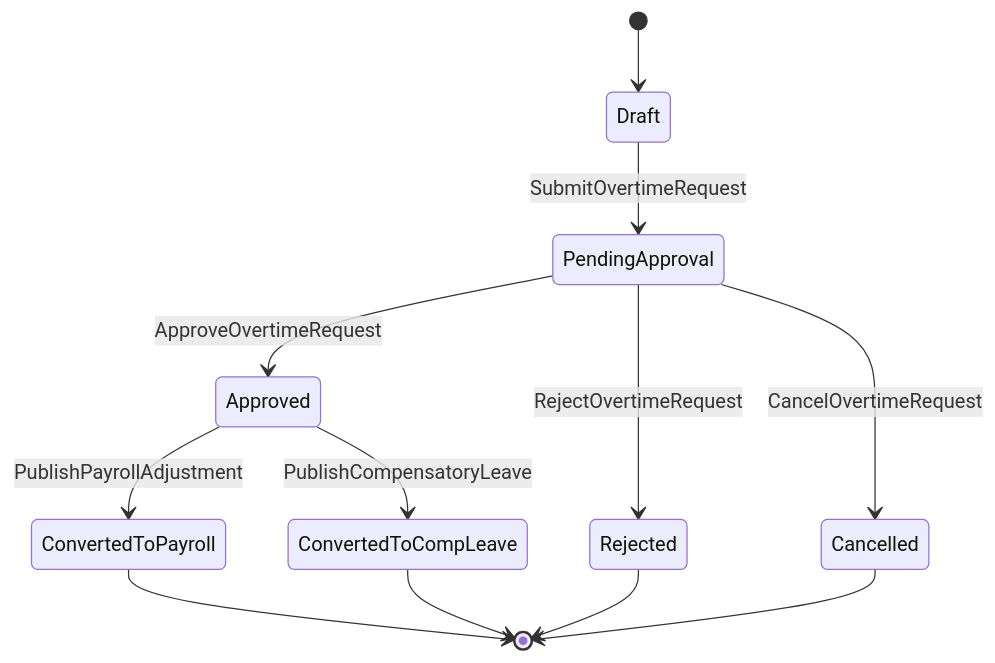
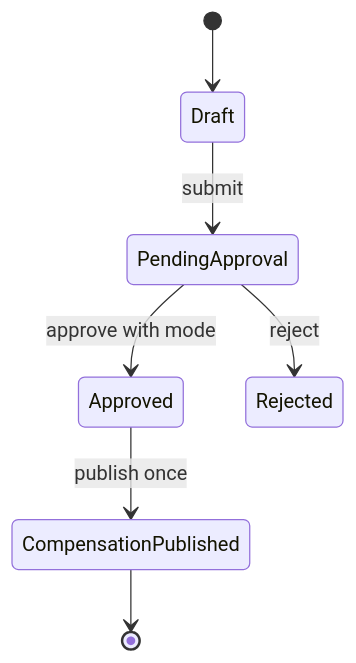
The diagram in docs/02-domain/overtime.md (369sup/worksync-hr), drawn with Mermaid before and after one commit. The commit also changed other lines of this file and 40 other files, not shown here.

Commit message:
Refactor leave workflow architecture and UI

````diff
--- a/docs/02-domain/overtime.md
+++ b/docs/02-domain/overtime.md
@@ -20,14 +18,9 @@
 ```mermaid
 stateDiagram-v2
   [*] --> Draft
-  Draft --> PendingApproval: SubmitOvertimeRequest
-  PendingApproval --> Approved: ApproveOvertimeRequest
-  PendingApproval --> Rejected: RejectOvertimeRequest
-  PendingApproval --> Cancelled: CancelOvertimeRequest
-  Approved --> ConvertedToPayroll: PublishPayrollAdjustment
-  Approved --> ConvertedToCompLeave: PublishCompensatoryLeave
-  ConvertedToPayroll --> [*]
-  ConvertedToCompLeave --> [*]
-  Rejected --> [*]
-  Cancelled --> [*]
+  Draft --> PendingApproval: submit
+  PendingApproval --> Approved: approve with mode
+  PendingApproval --> Rejected: reject
+  Approved --> CompensationPublished: publish once
+  CompensationPublished --> [*]
 ```
````
